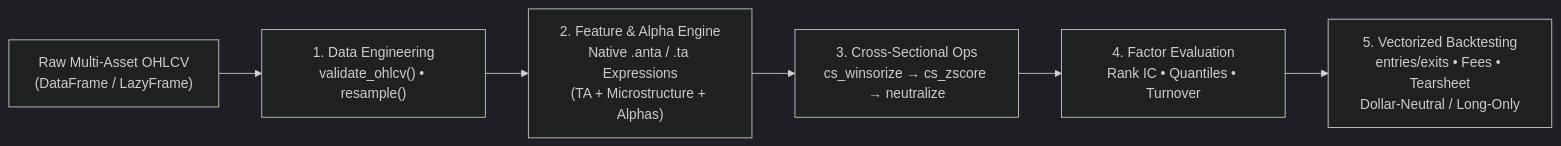
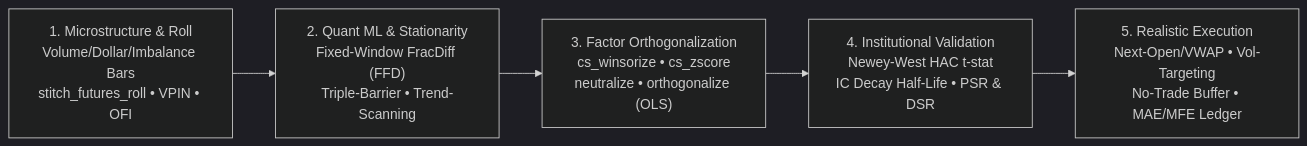
One commit to huuan26/polars-anta changed the diagram in README.md. Above: the diagram before and after it, drawn with Mermaid (dark theme). The commit also changed other lines of this file and 33 other files, not shown here.

Commit message:
feat: add 4 institutional quant pillars, AFML primitives, realistic backtesting & comprehensive math/tech docs

````diff
--- a/README.md
+++ b/README.md
@@ -228,8 +255,7 @@
 ```mermaid
 flowchart LR
-    A["Raw Multi-Asset OHLCV<br/>(DataFrame / LazyFrame)"] --> B["1. Data Engineering<br/>validate_ohlcv() • resample()"]
-    B --> C["2. Feature & Alpha Engine<br/>Native .anta / .ta Expressions<br/>(TA + Microstructure + Alphas)"]
-    C --> D["3. Cross-Sectional Ops<br/>cs_winsorize → cs_zscore → neutralize"]
-    D --> E["4. Factor Evaluation<br/>Rank IC • Quantiles • Turnover"]
-    E --> F["5. Vectorized Backtesting<br/>entries/exits • Fees • Tearsheet<br/>Dollar-Neutral / Long-Only"]
+    A["1. Microstructure & Roll<br/>Volume/Dollar/Imbalance Bars<br/>stitch_futures_roll • VPIN • OFI"] --> B["2. Quant ML & Stationarity<br/>Fixed-Window FracDiff (FFD)<br/>Triple-Barrier • Trend-Scanning"]
+    B --> C["3. Factor Orthogonalization<br/>cs_winsorize • cs_zscore<br/>neutralize • orthogonalize (OLS)"]
+    C --> D["4. Institutional Validation<br/>Newey-West HAC t-stat<br/>IC Decay Half-Life • PSR & DSR"]
+    D --> E["5. Realistic Execution<br/>Next-Open/VWAP • Vol-Targeting<br/>No-Trade Buffer • MAE/MFE Ledger"]
 ```
````
